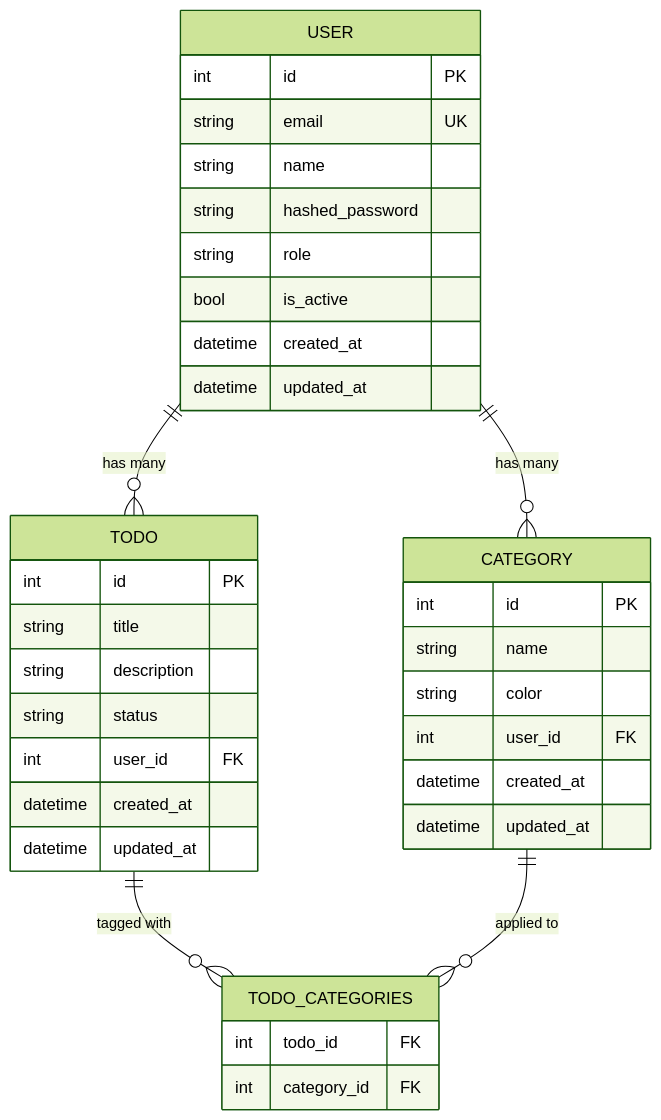
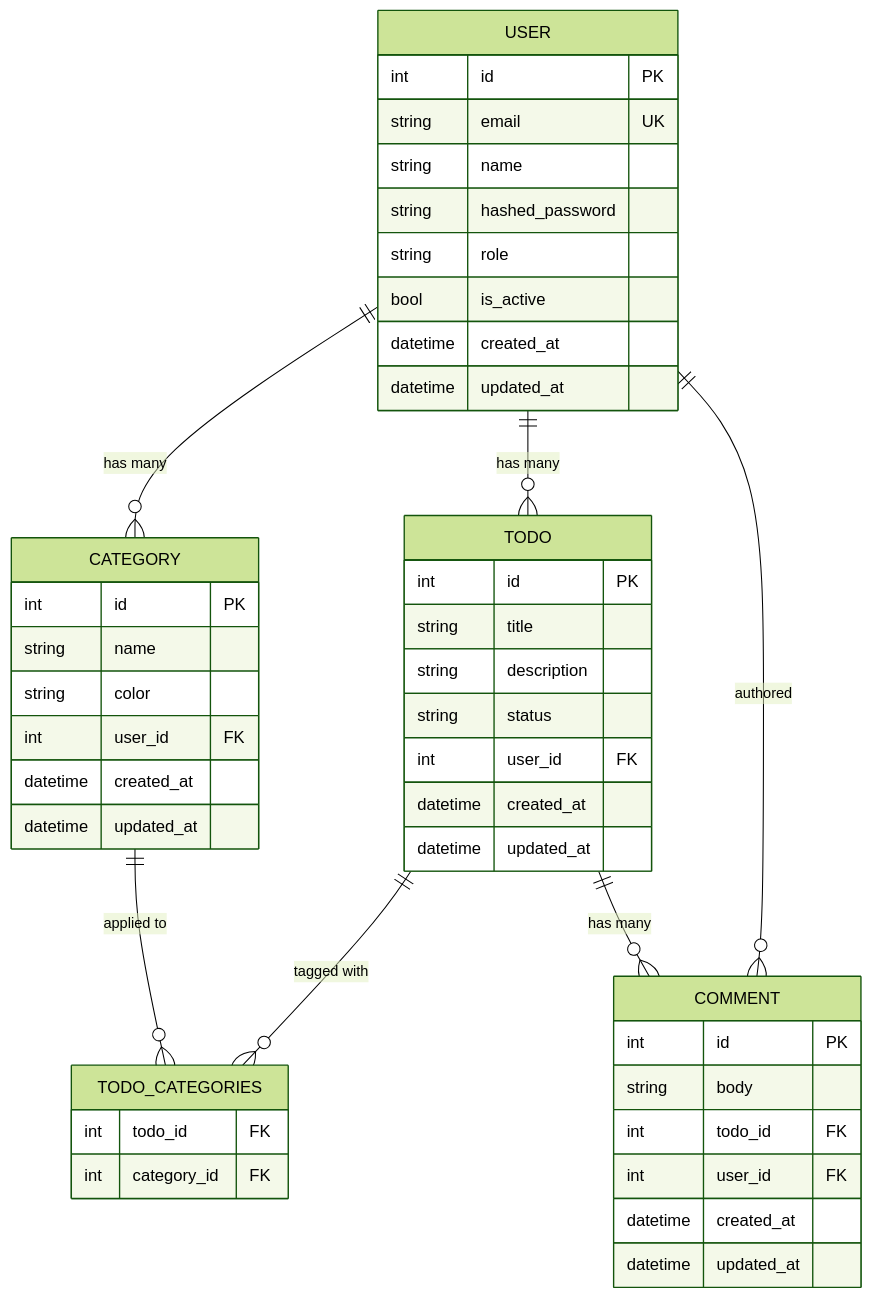
One commit to dangquan1402/dev-workflow-template changed the diagram in docs/reference/erd.md. Above: the diagram before and after it, drawn with Mermaid (forest theme). The commit also changed other lines of this file and 1 other file, not shown here.

Commit message:
docs: define todo comments — ERD and API contract before implementation (#25)

````diff
--- a/docs/reference/erd.md
+++ b/docs/reference/erd.md
@@ -5,42 +5,53 @@
 ```mermaid
 erDiagram
     USER {
         int id PK
         string email UK
         string name
         string hashed_password
         string role
         bool is_active
         datetime created_at
         datetime updated_at
     }
 
     TODO {
         int id PK
         string title
         string description
         string status
         int user_id FK
         datetime created_at
         datetime updated_at
     }
 
     CATEGORY {
         int id PK
         string name
         string color
         int user_id FK
         datetime created_at
         datetime updated_at
     }
 
     TODO_CATEGORIES {
         int todo_id FK
         int category_id FK
     }
 
+    COMMENT {
+        int id PK
+        string body
+        int todo_id FK
+        int user_id FK
+        datetime created_at
+        datetime updated_at
+    }
+
     USER ||--o{ TODO : "has many"
     USER ||--o{ CATEGORY : "has many"
+    USER ||--o{ COMMENT : "authored"
     TODO ||--o{ TODO_CATEGORIES : "tagged with"
+    TODO ||--o{ COMMENT : "has many"
     CATEGORY ||--o{ TODO_CATEGORIES : "applied to"
 ```
````
